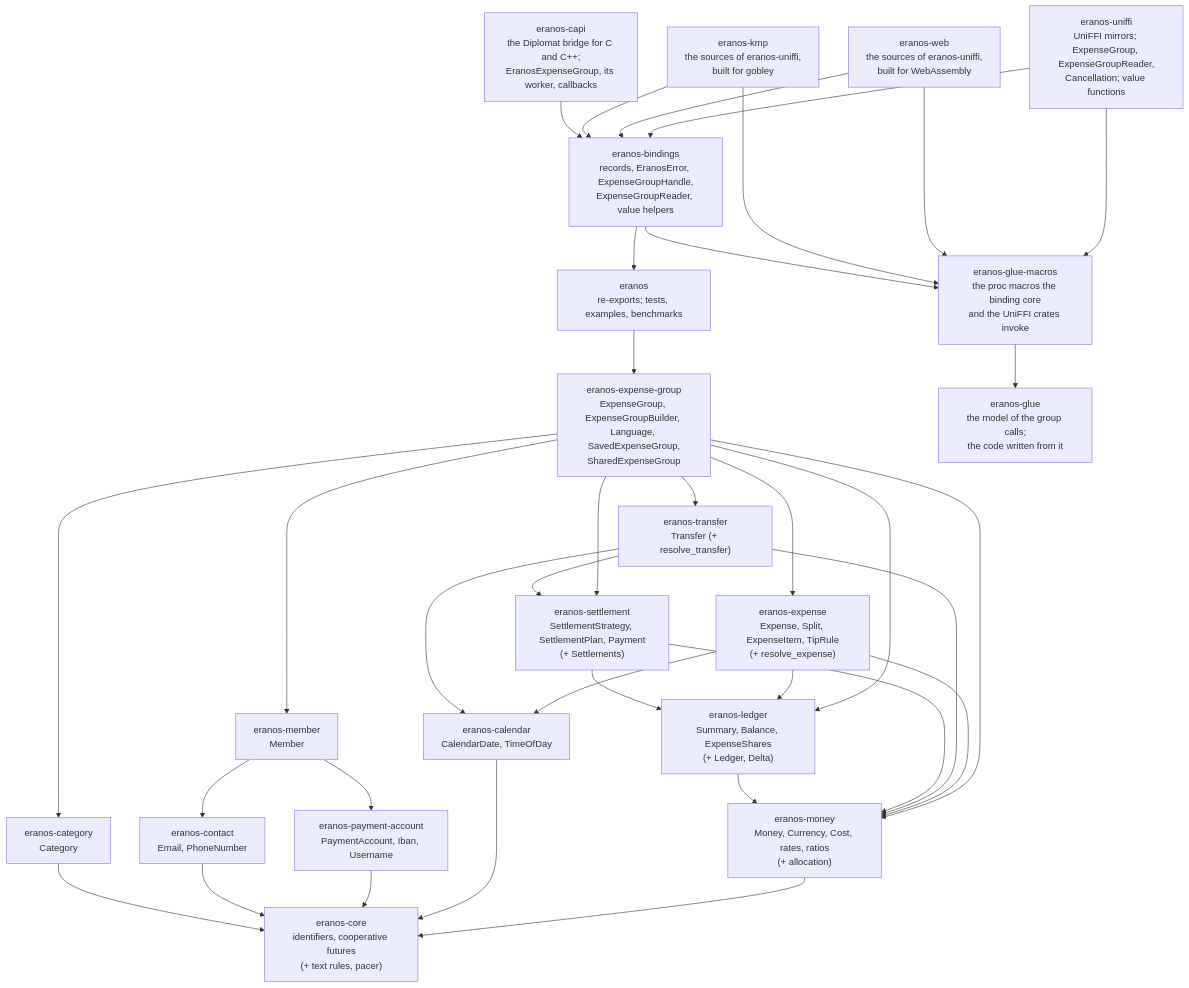
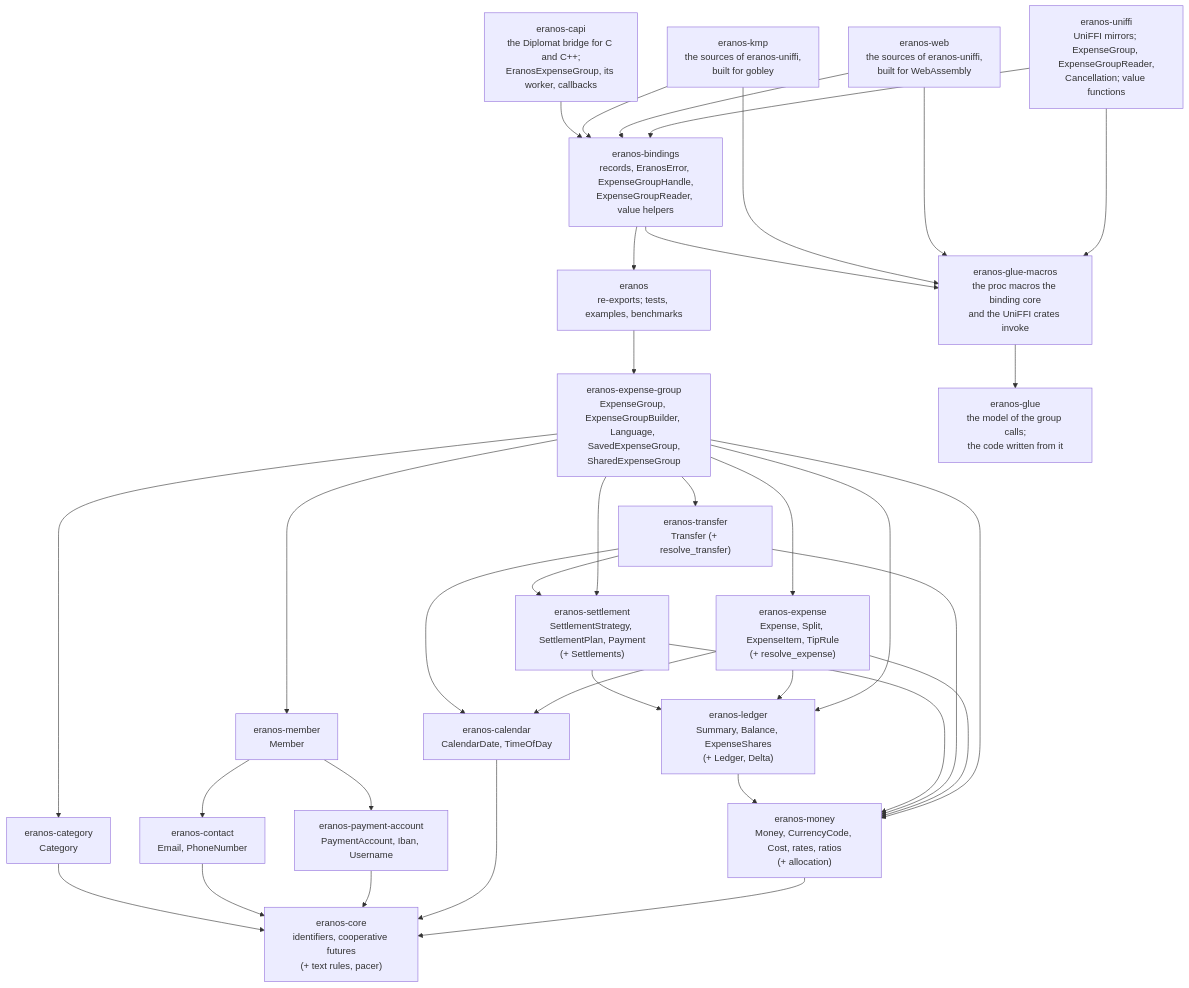
Before and after one commit to cristiancristea00/eranos: the first of 3 diagrams in docs/ARCHITECTURE.md, drawn with Mermaid. The commit also changed other lines of this file and 222 other files, not shown here.

````diff
--- a/docs/ARCHITECTURE.md
+++ b/docs/ARCHITECTURE.md
@@ -86,57 +86,57 @@
 ```mermaid
 flowchart TD
     UNIFFI["eranos-uniffi<br/>UniFFI mirrors; ExpenseGroup, ExpenseGroupReader,<br/>Cancellation; value functions"]
     WEB["eranos-web<br/>the sources of eranos-uniffi,<br/>built for WebAssembly"]
     KMP["eranos-kmp<br/>the sources of eranos-uniffi,<br/>built for gobley"]
     CAPI["eranos-capi<br/>the Diplomat bridge for C and C++;<br/>EranosExpenseGroup, its worker, callbacks"]
     BINDINGS["eranos-bindings<br/>records, EranosError, ExpenseGroupHandle,<br/>ExpenseGroupReader, value helpers"]
     FACADE["eranos<br/>re-exports; tests, examples, benchmarks"]
     EXPENSE_GROUP["eranos-expense-group<br/>ExpenseGroup, ExpenseGroupBuilder, Language, SavedExpenseGroup,<br/>SharedExpenseGroup"]
     EXPENSE["eranos-expense<br/>Expense, Split, ExpenseItem, TipRule<br/>(+ resolve_expense)"]
     TRANSFER["eranos-transfer<br/>Transfer (+ resolve_transfer)"]
     MEMBER["eranos-member<br/>Member"]
     CATEGORY["eranos-category<br/>Category"]
     SETTLEMENT["eranos-settlement<br/>SettlementStrategy, SettlementPlan, Payment<br/>(+ Settlements)"]
     PAYMENT_ACCOUNT["eranos-payment-account<br/>PaymentAccount, Iban, Username"]
     CONTACT["eranos-contact<br/>Email, PhoneNumber"]
     LEDGER["eranos-ledger<br/>Summary, Balance, ExpenseShares<br/>(+ Ledger, Delta)"]
     CALENDAR["eranos-calendar<br/>CalendarDate, TimeOfDay"]
-    MONEY["eranos-money<br/>Money, Currency, Cost, rates, ratios<br/>(+ allocation)"]
+    MONEY["eranos-money<br/>Money, CurrencyCode, Cost, rates, ratios<br/>(+ allocation)"]
     CORE["eranos-core<br/>identifiers, cooperative futures<br/>(+ text rules, pacer)"]
     MACROS["eranos-glue-macros<br/>the proc macros the binding core<br/>and the UniFFI crates invoke"]
     GLUE["eranos-glue<br/>the model of the group calls;<br/>the code written from it"]
     UNIFFI --> BINDINGS
     WEB --> BINDINGS
     KMP --> BINDINGS
     UNIFFI --> MACROS
     WEB --> MACROS
     KMP --> MACROS
     CAPI --> BINDINGS
     BINDINGS --> FACADE
     BINDINGS --> MACROS
     MACROS --> GLUE
     FACADE --> EXPENSE_GROUP
     EXPENSE_GROUP --> EXPENSE
     EXPENSE_GROUP --> TRANSFER
     EXPENSE_GROUP --> MEMBER
     EXPENSE_GROUP --> CATEGORY
     EXPENSE_GROUP --> SETTLEMENT
     EXPENSE_GROUP --> LEDGER
     EXPENSE_GROUP --> MONEY
     EXPENSE --> LEDGER
     EXPENSE --> CALENDAR
     EXPENSE --> MONEY
     TRANSFER --> SETTLEMENT
     TRANSFER --> CALENDAR
     TRANSFER --> MONEY
     MEMBER --> PAYMENT_ACCOUNT
     MEMBER --> CONTACT
     SETTLEMENT --> LEDGER
     SETTLEMENT --> MONEY
     LEDGER --> MONEY
     MONEY --> CORE
     CALENDAR --> CORE
     PAYMENT_ACCOUNT --> CORE
     CONTACT --> CORE
     CATEGORY --> CORE
 ```
````
